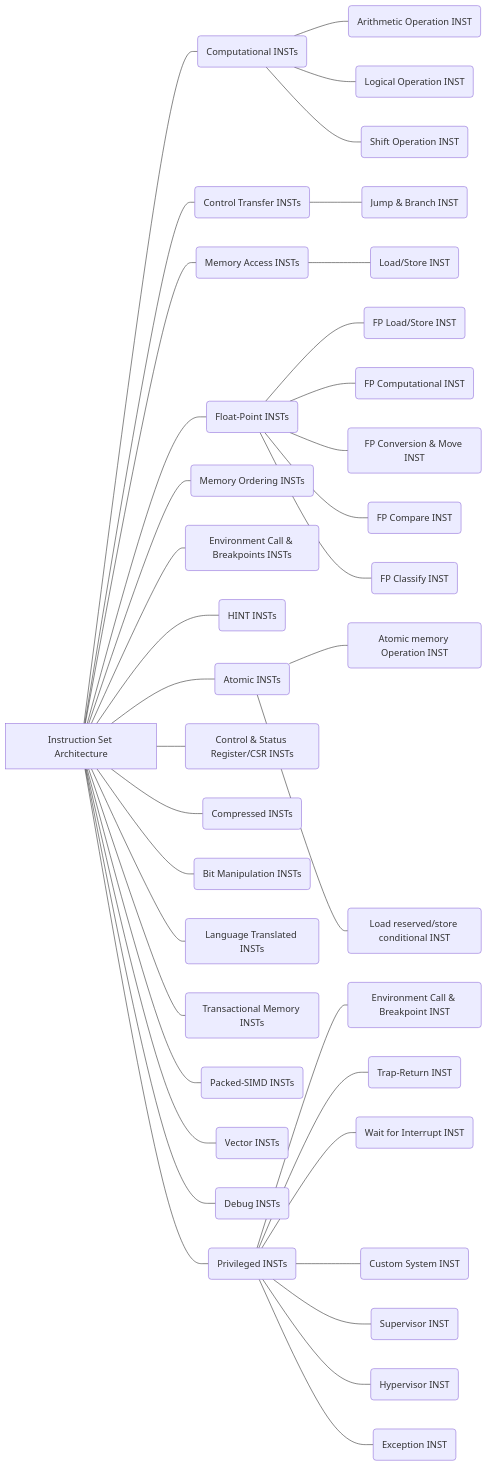
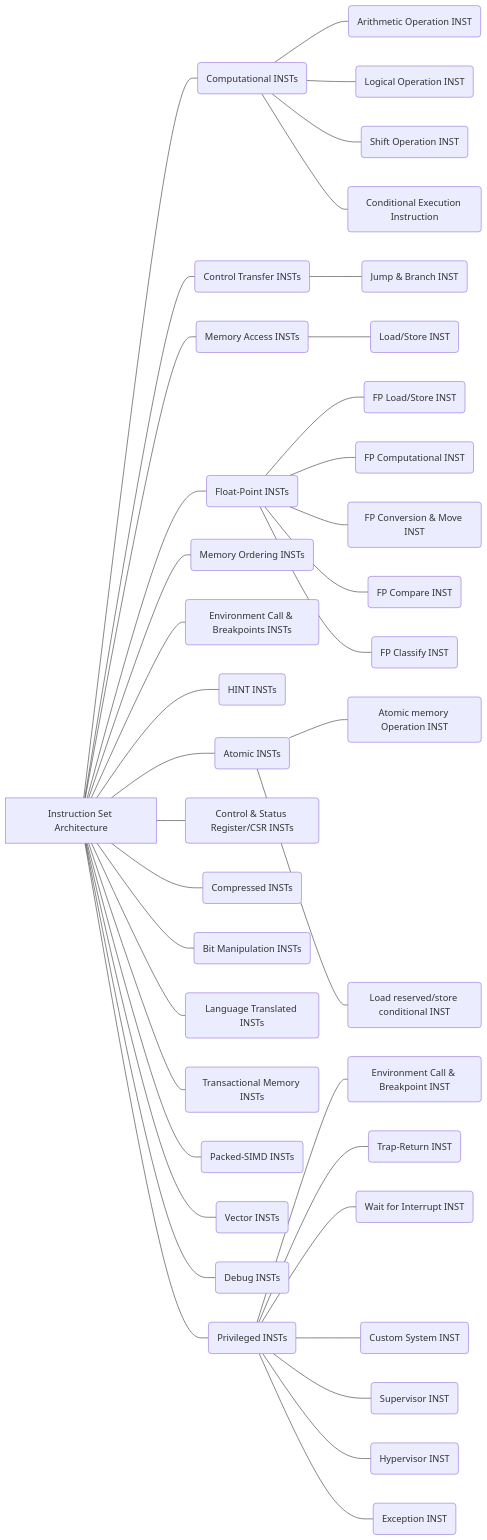
Before and after one commit to RIOS-Laboratory/RIOS-Patent-Classification: the diagram in Classification/R02Instruction Set Architecture.md, drawn with Mermaid. The commit also changed other lines of this file, not shown here.

Commit message:
Update R02Instruction Set Architecture.md

````diff
--- a/Classification/R02Instruction Set Architecture.md
+++ b/Classification/R02Instruction Set Architecture.md
@@ -1,39 +1,40 @@
 ```mermaid
 graph LR
 A0[Instruction Set Architecture]---A(Computational INSTs)
 A---A1(Arithmetic Operation INST)
 A---A2(Logical Operation INST)
 A---A3(Shift Operation INST)
+A---A4(Conditional Execution Instruction)
 A0---B(Control Transfer INSTs)
 B---B1(Jump & Branch INST)
 A0---C(Memory Access INSTs)
 C---C1(Load/Store INST)
 A0---D(Float-Point INSTs)
 D---D1(FP Load/Store INST)
 D---D2(FP Computational INST)
 D---D3(FP Conversion & Move INST)
 D---D4(FP Compare INST)
 D---D5(FP Classify INST)
 A0---E(Memory Ordering INSTs)
 A0---F(Environment Call & Breakpoints INSTs)
 A0---G(HINT INSTs)
 A0---H(Atomic INSTs)
 H---H1(Atomic memory Operation INST)
 H---H2(Load reserved/store conditional INST)
 A0---I(Control & Status Register/CSR INSTs)
 A0---J(Compressed INSTs)
 A0---K(Bit Manipulation INSTs)
 A0---L(Language Translated INSTs)
 A0---M(Transactional Memory INSTs)
 A0---N(Packed-SIMD INSTs)
 A0---O(Vector INSTs)
 A0---P(Debug INSTs)
 A0---Q(Privileged INSTs)
 Q---Q1(Environment Call & Breakpoint INST)
 Q---Q2(Trap-Return INST)
 Q---Q3(Wait for Interrupt INST)
 Q---Q4(Custom System INST)
 Q---Q5(Supervisor INST)
 Q---Q6(Hypervisor INST)
 Q---Q7(Exception INST)
 ```
````
